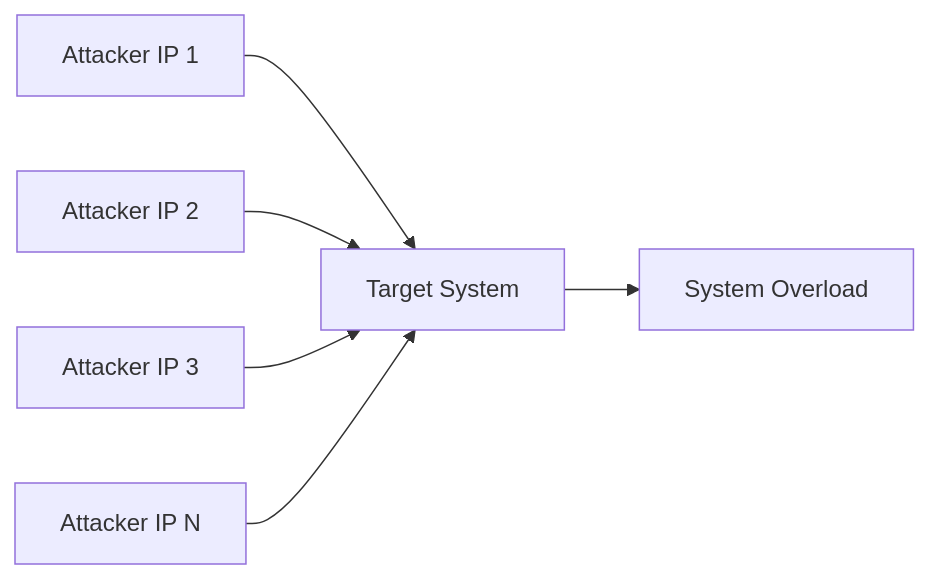
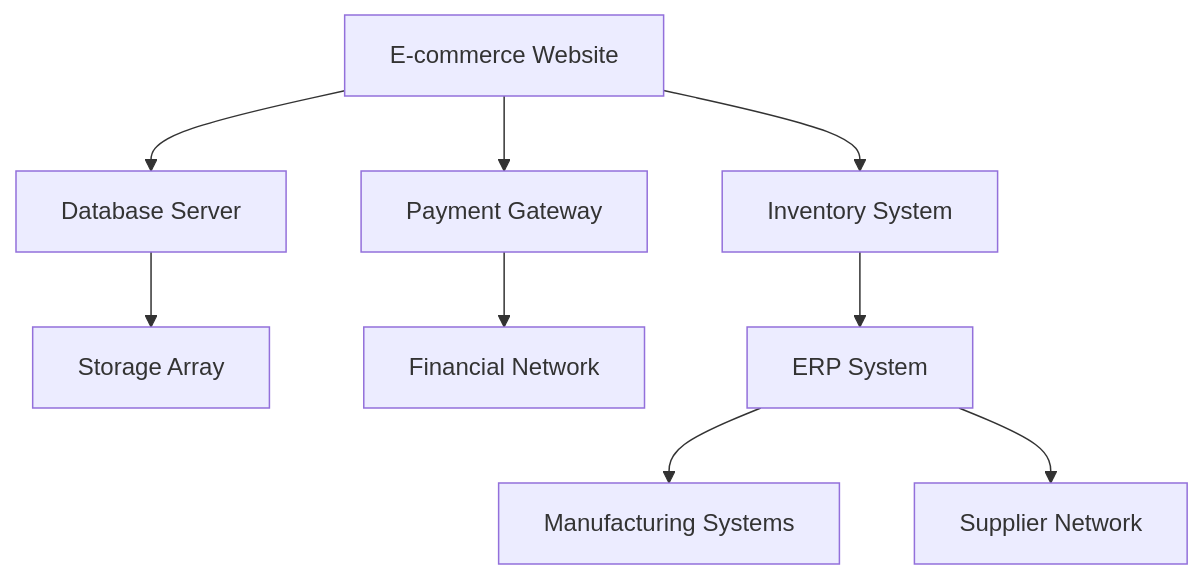
One commit to d3vhackz/BTL1 changed the third of 3 diagrams in 06-incident-response/05-containment-strategies.md. Above: the diagram before and after it, drawn with Mermaid. The commit also changed other lines of this file, not shown here.

````diff
--- a/06-incident-response/05-containment-strategies.md
+++ b/06-incident-response/05-containment-strategies.md
@@ -56,8 +293,13 @@
 ```mermaid
-graph LR
-    A1[Attacker IP 1] --> Target[Target System]
-    A2[Attacker IP 2] --> Target
-    A3[Attacker IP 3] --> Target
-    A4[Attacker IP N] --> Target
-    Target --> Offline[System Overload]
+graph TD
+    A[E-commerce Website] --> B[Database Server]
+    A --> C[Payment Gateway]
+    A --> D[Inventory System]
+    
+    B --> E[Storage Array]
+    C --> F[Financial Network]
+    D --> G[ERP System]
+    
+    G --> H[Manufacturing Systems]
+    G --> I[Supplier Network]
 ```
````
